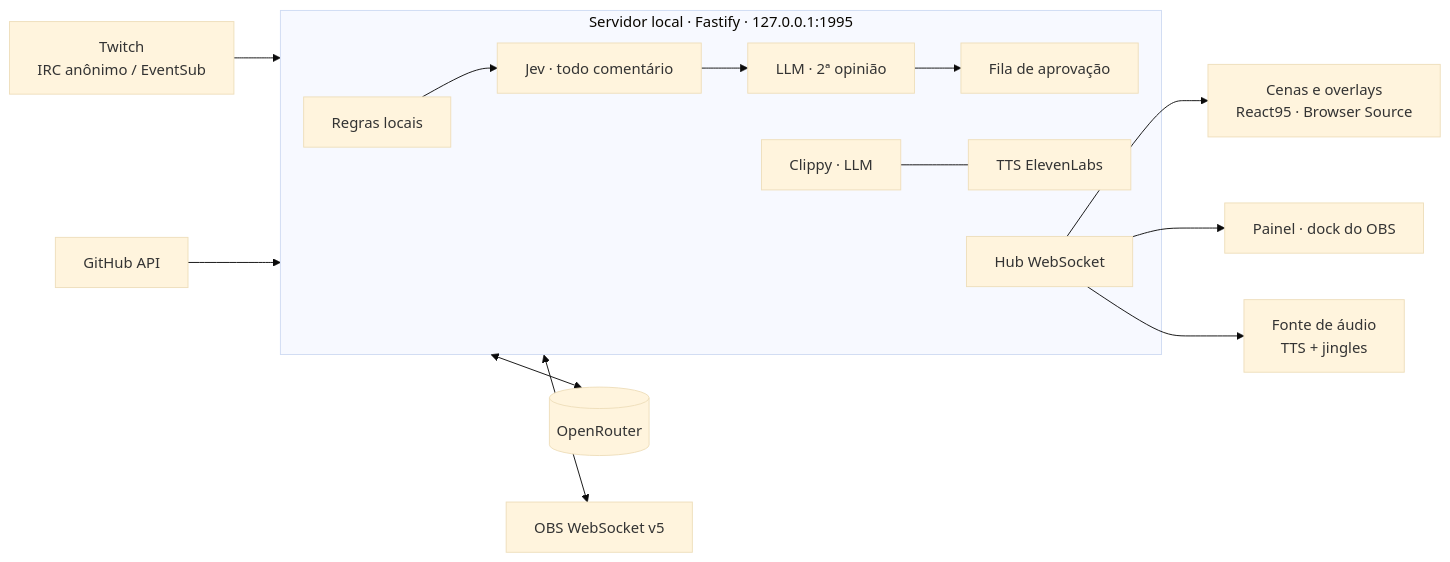
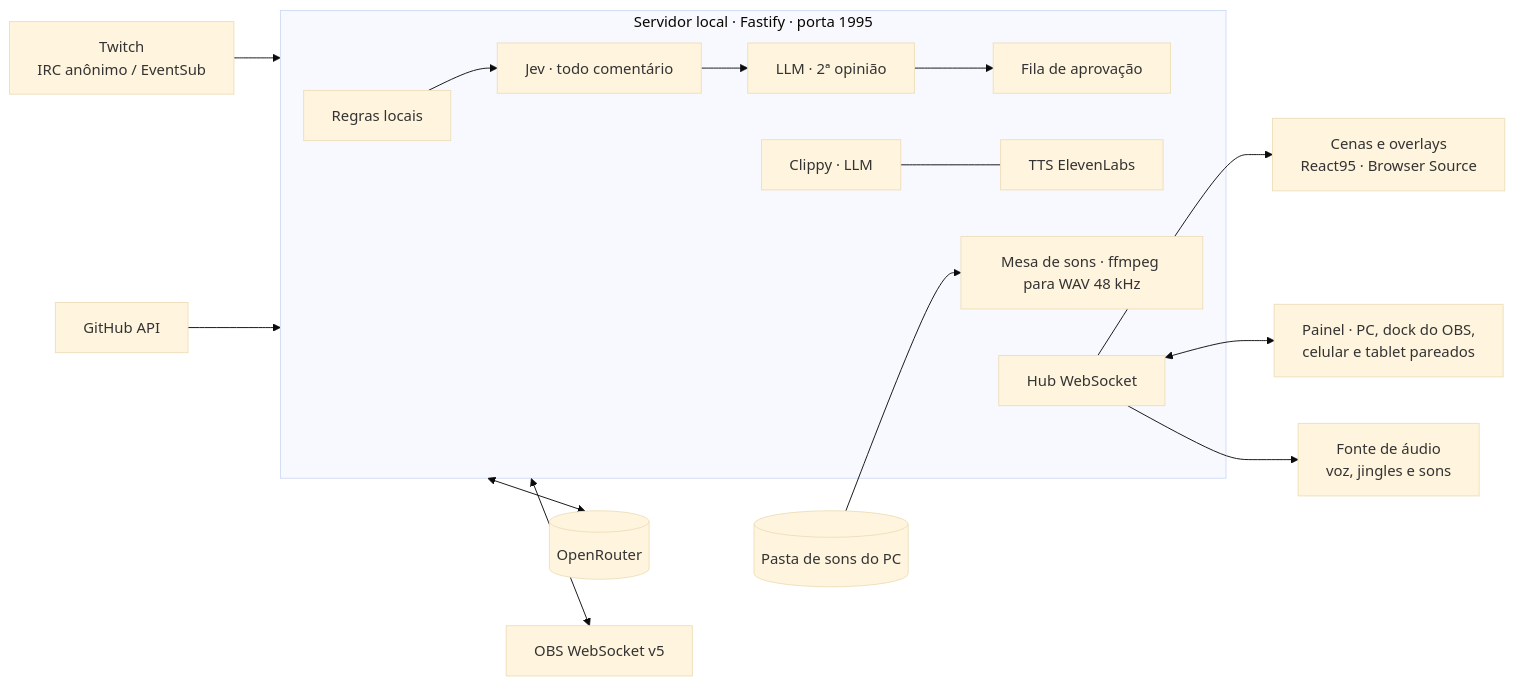
One commit to frederico-kluser/stream95 changed the diagram in README.md. Above: the diagram before and after it, drawn with Mermaid (base theme). The commit also changed other lines of this file and 184 other files, not shown here.

First line of the commit message:
feat: painel moderno e mobile com mesa de sons e pareamento por qr (#10)

````diff
--- a/README.md
+++ b/README.md
@@ -172,15 +214,17 @@
 ```mermaid
 flowchart LR
   twitch[Twitch<br/>IRC anônimo / EventSub] --> server
   github[GitHub API] --> server
-  subgraph server [Servidor local · Fastify · 127.0.0.1:1995]
+  subgraph server [Servidor local · Fastify · porta 1995]
     rules[Regras locais] --> jev[Jev · todo comentário] --> llm[LLM · 2ª opinião] --> queue[Fila de aprovação]
     clippy[Clippy · LLM] --- tts[TTS ElevenLabs]
+    sfx[Mesa de sons · ffmpeg para WAV 48 kHz]
     hub[Hub WebSocket]
   end
+  pasta[(Pasta de sons do PC)] --> sfx
   server <--> openrouter[(OpenRouter)]
   server <--> obsws[OBS WebSocket v5]
   hub --> scenes[Cenas e overlays<br/>React95 · Browser Source]
-  hub --> dock[Painel · dock do OBS]
-  hub --> audio[Fonte de áudio<br/>TTS + jingles]
+  hub <--> deck[Painel · PC, dock do OBS,<br/>celular e tablet pareados]
+  hub --> audio[Fonte de áudio<br/>voz, jingles e sons]
 ```
````
